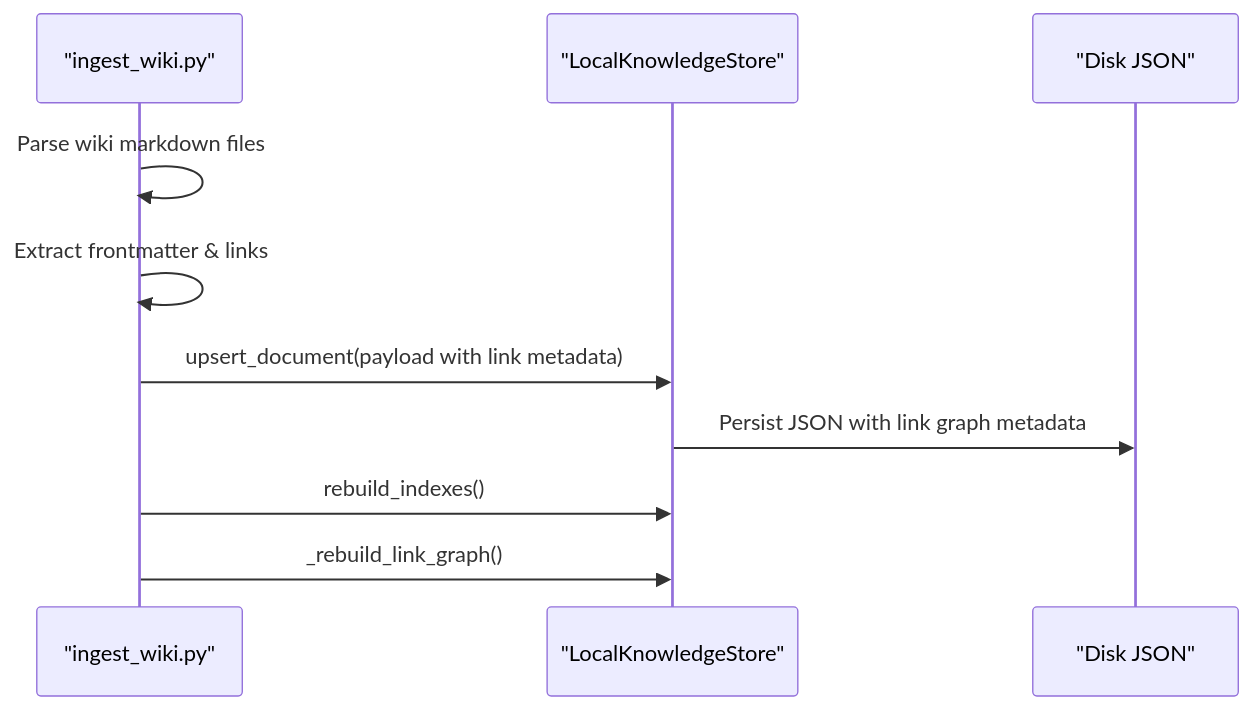
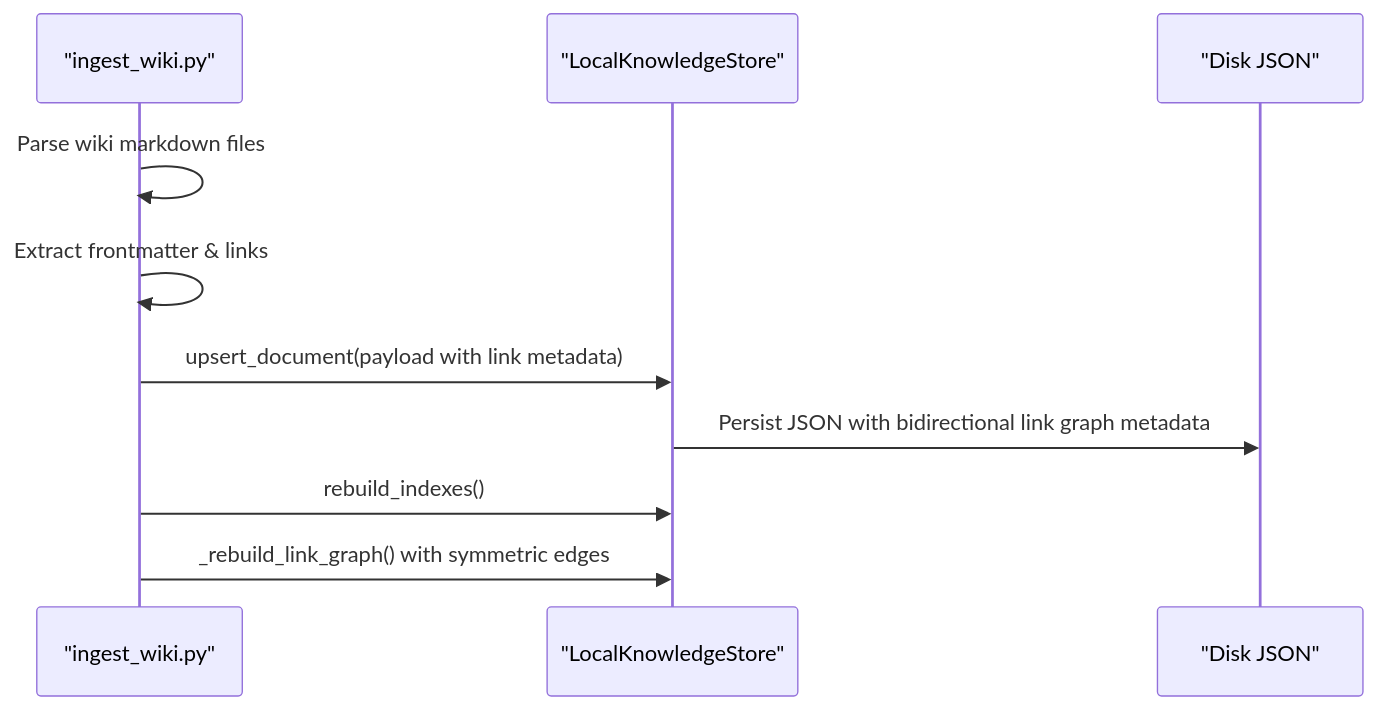
Before and after one commit to intellistream/sage-mate: the sixth of 7 diagrams in .qoder/repowiki/en/content/Knowledge Management/Knowledge Ingestion Pipeline.md, drawn with Mermaid. The commit also changed other lines of this file and 115 other files, not shown here.

````diff
--- a/.qoder/repowiki/en/content/Knowledge Management/Knowledge Ingestion Pipeline.md
+++ b/.qoder/repowiki/en/content/Knowledge Management/Knowledge Ingestion Pipeline.md
@@ -283,12 +347,12 @@
 ```mermaid
 sequenceDiagram
 participant Script as "ingest_wiki.py"
 participant Store as "LocalKnowledgeStore"
 participant FS as "Disk JSON"
 Script->>Script : Parse wiki markdown files
 Script->>Script : Extract frontmatter & links
 Script->>Store : upsert_document(payload with link metadata)
-Store->>FS : Persist JSON with link graph metadata
+Store->>FS : Persist JSON with bidirectional link graph metadata
 Script->>Store : rebuild_indexes()
-Script->>Store : _rebuild_link_graph()
+Script->>Store : _rebuild_link_graph() with symmetric edges
 ```
````
